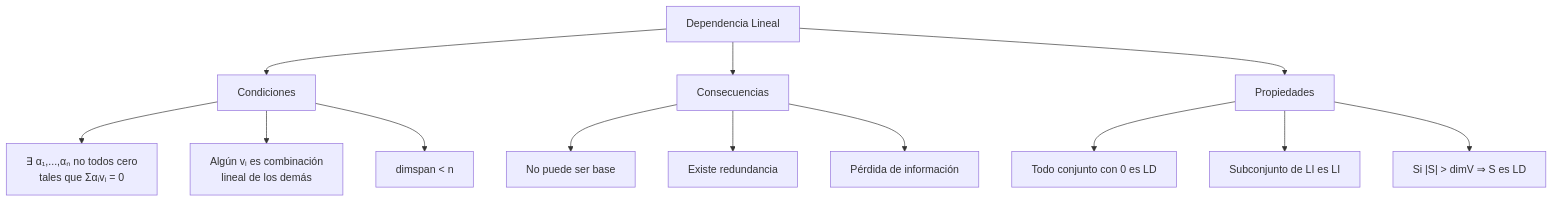
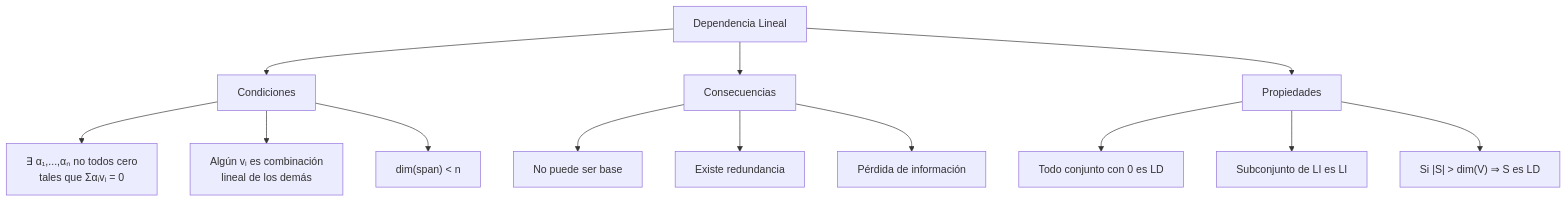
One commit to djaimej/computer-science-template changed the second of 3 diagrams in public/documents/semester-3/1/3114.md. Above: the diagram before and after it, drawn with Mermaid. The commit also changed other lines of this file and 34 other files, not shown here.

````diff
--- a/public/documents/semester-3/1/3114.md
+++ b/public/documents/semester-3/1/3114.md
@@ -453,20 +454,20 @@
 ```mermaid
 graph TD
     A[Dependencia Lineal] --> B[Condiciones]
     A --> C[Consecuencias]
     A --> D[Propiedades]
 
     B --> E[∃ α₁,...,αₙ no todos cero<br>tales que Σαᵢvᵢ = 0]
     B --> F[Algún vᵢ es combinación<br>lineal de los demás]
-    B --> G[dimspan < n]
+    B --> G["dim(span) < n"]
 
     C --> H[No puede ser base]
     C --> I[Existe redundancia]
     C --> J[Pérdida de información]
 
     D --> K[Todo conjunto con 0 es LD]
     D --> L[Subconjunto de LI es LI]
-    D --> M["Si |S| > dimV ⇒ S es LD"]
+    D --> M["Si |S| > dim(V) ⇒ S es LD"]
 
     E:::accent
 ```
````
